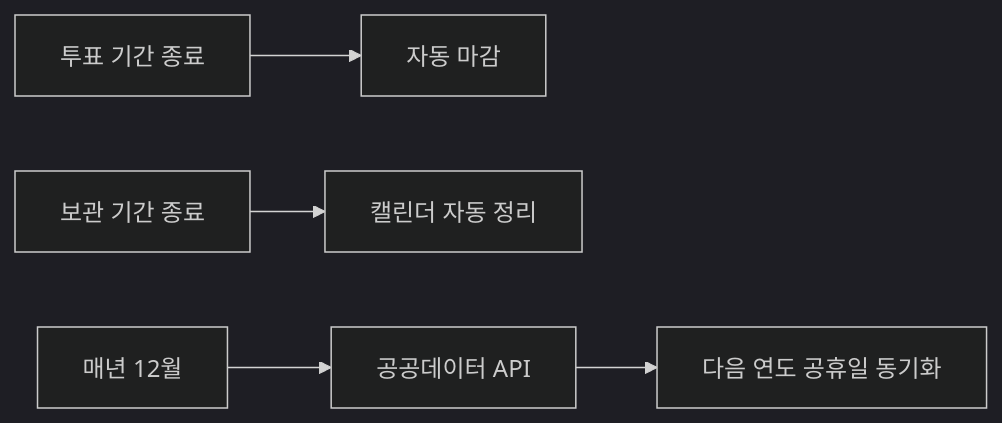
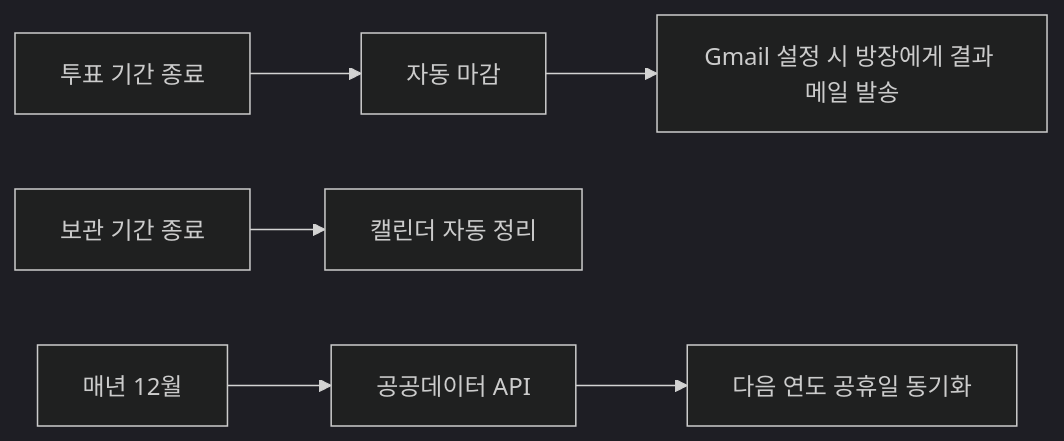
One commit to recycle385/calendar changed the eighth of 8 diagrams in README.md. Above: the diagram before and after it, drawn with Mermaid (dark theme). The commit also changed other lines of this file and 1 other file, not shown here.

````diff
--- a/README.md
+++ b/README.md
@@ -469,7 +693,15 @@
 ```mermaid
+
 flowchart LR
+
     VoteEnd[투표 기간 종료] --> Close[자동 마감]
+
+    Close --> Mail[Gmail 설정 시 방장에게 결과 메일 발송]
+
     Retention[보관 기간 종료] --> Cleanup[캘린더 자동 정리]
+
     December[매년 12월] --> PublicAPI[공공데이터 API]
+
     PublicAPI --> Holiday[다음 연도 공휴일 동기화]
+
 ```
````
